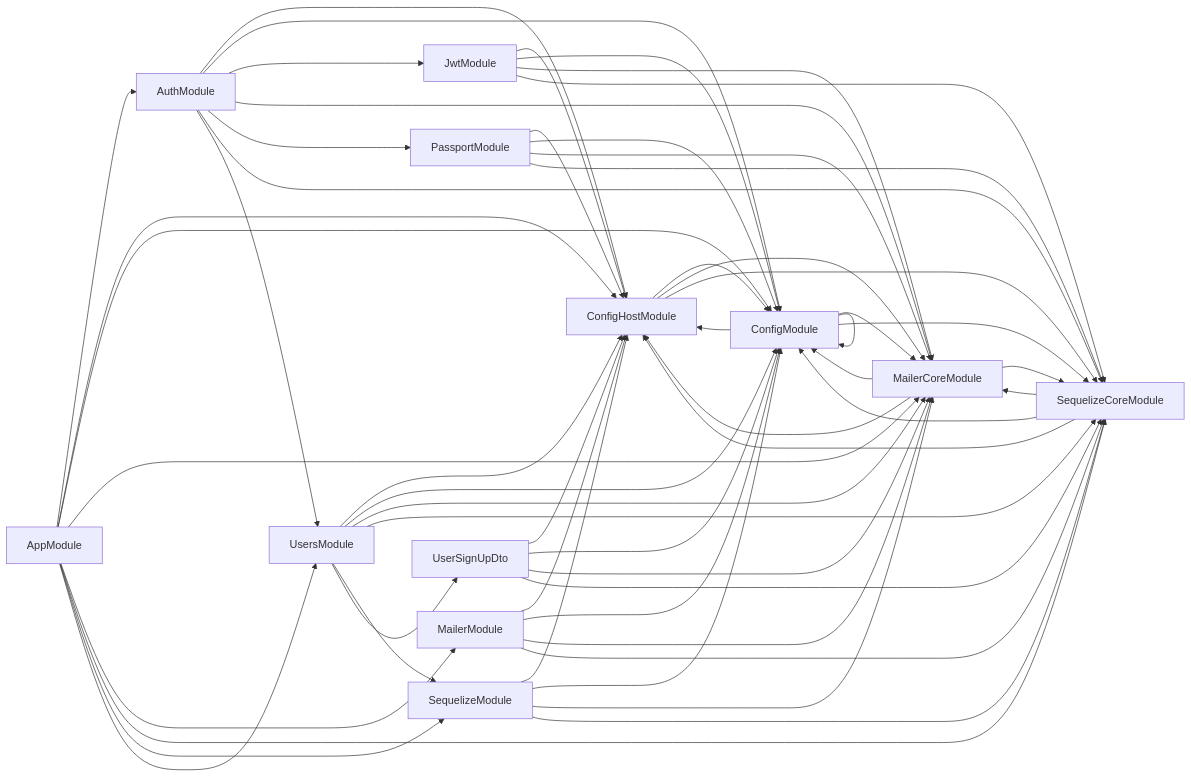
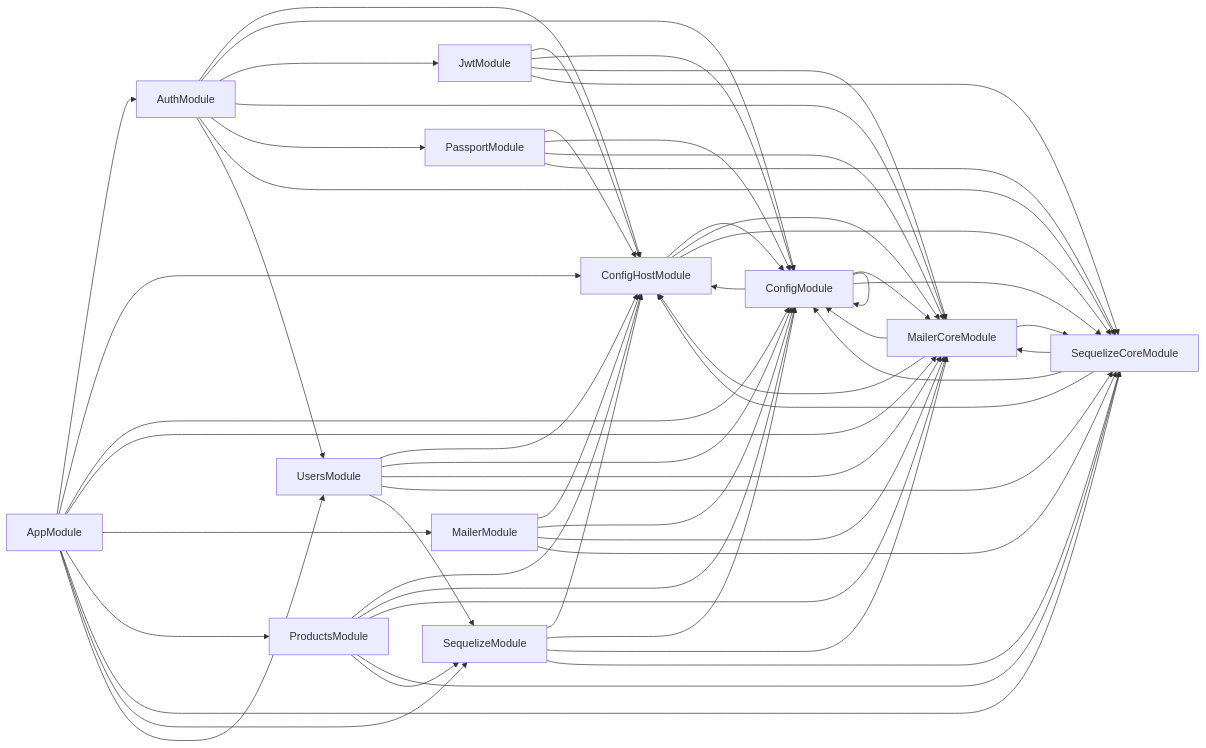
The diagram in deps.mermaid (csc13001-kafi/csc13001-kafi-server), drawn with Mermaid before and after one commit. The commit also changed 17 other files, not shown here.

```diff
--- a/deps.mermaid
+++ b/deps.mermaid
@@ -1,55 +1,56 @@
 graph LR
     AppModule-->AuthModule
   AppModule-->ConfigHostModule
   AppModule-->ConfigModule
   AppModule-->MailerCoreModule
   AppModule-->MailerModule
+  AppModule-->ProductsModule
   AppModule-->SequelizeCoreModule
   AppModule-->SequelizeModule
   AppModule-->UsersModule
   AuthModule-->ConfigHostModule
   AuthModule-->ConfigModule
   AuthModule-->JwtModule
   AuthModule-->MailerCoreModule
   AuthModule-->PassportModule
   AuthModule-->SequelizeCoreModule
   AuthModule-->UsersModule
   ConfigHostModule-->ConfigModule
   ConfigHostModule-->MailerCoreModule
   ConfigHostModule-->SequelizeCoreModule
   ConfigModule-->ConfigHostModule
   ConfigModule-->ConfigModule
   ConfigModule-->MailerCoreModule
   ConfigModule-->SequelizeCoreModule
   JwtModule-->ConfigHostModule
   JwtModule-->ConfigModule
   JwtModule-->MailerCoreModule
   JwtModule-->SequelizeCoreModule
   MailerCoreModule-->ConfigHostModule
   MailerCoreModule-->ConfigModule
   MailerCoreModule-->SequelizeCoreModule
   MailerModule-->ConfigHostModule
   MailerModule-->ConfigModule
   MailerModule-->MailerCoreModule
   MailerModule-->SequelizeCoreModule
   PassportModule-->ConfigHostModule
   PassportModule-->ConfigModule
   PassportModule-->MailerCoreModule
   PassportModule-->SequelizeCoreModule
+  ProductsModule-->ConfigHostModule
+  ProductsModule-->ConfigModule
+  ProductsModule-->MailerCoreModule
+  ProductsModule-->SequelizeCoreModule
+  ProductsModule-->SequelizeModule
   SequelizeCoreModule-->ConfigHostModule
   SequelizeCoreModule-->ConfigModule
   SequelizeCoreModule-->MailerCoreModule
   SequelizeModule-->ConfigHostModule
   SequelizeModule-->ConfigModule
   SequelizeModule-->MailerCoreModule
   SequelizeModule-->SequelizeCoreModule
-  UserSignUpDto-->ConfigHostModule
-  UserSignUpDto-->ConfigModule
-  UserSignUpDto-->MailerCoreModule
-  UserSignUpDto-->SequelizeCoreModule
   UsersModule-->ConfigHostModule
   UsersModule-->ConfigModule
   UsersModule-->MailerCoreModule
   UsersModule-->SequelizeCoreModule
   UsersModule-->SequelizeModule
-  UsersModule-->UserSignUpDto
```
